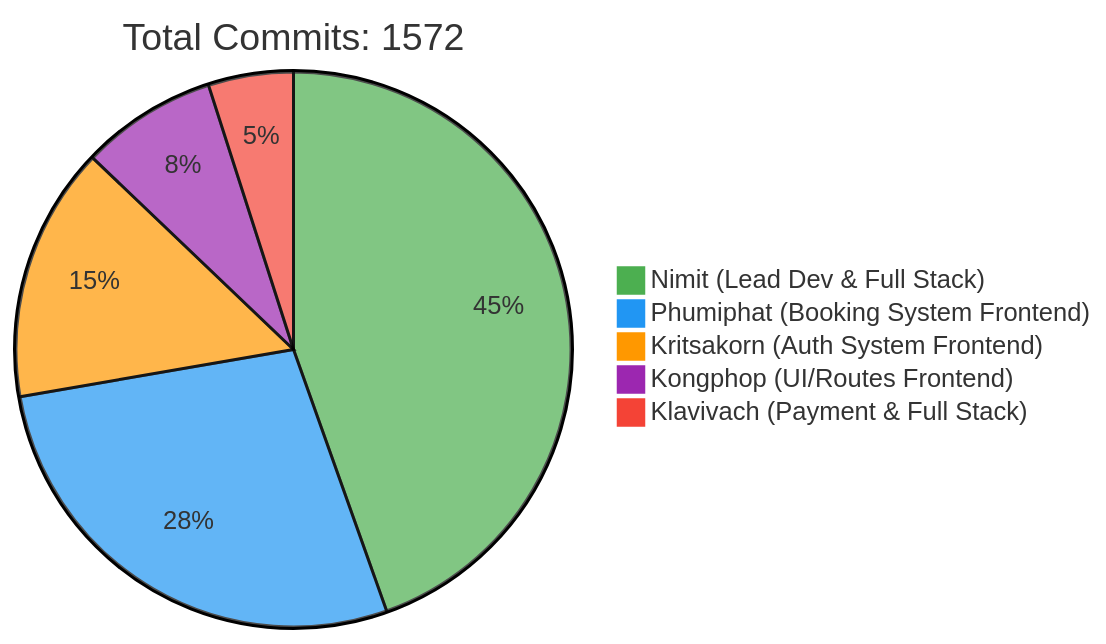
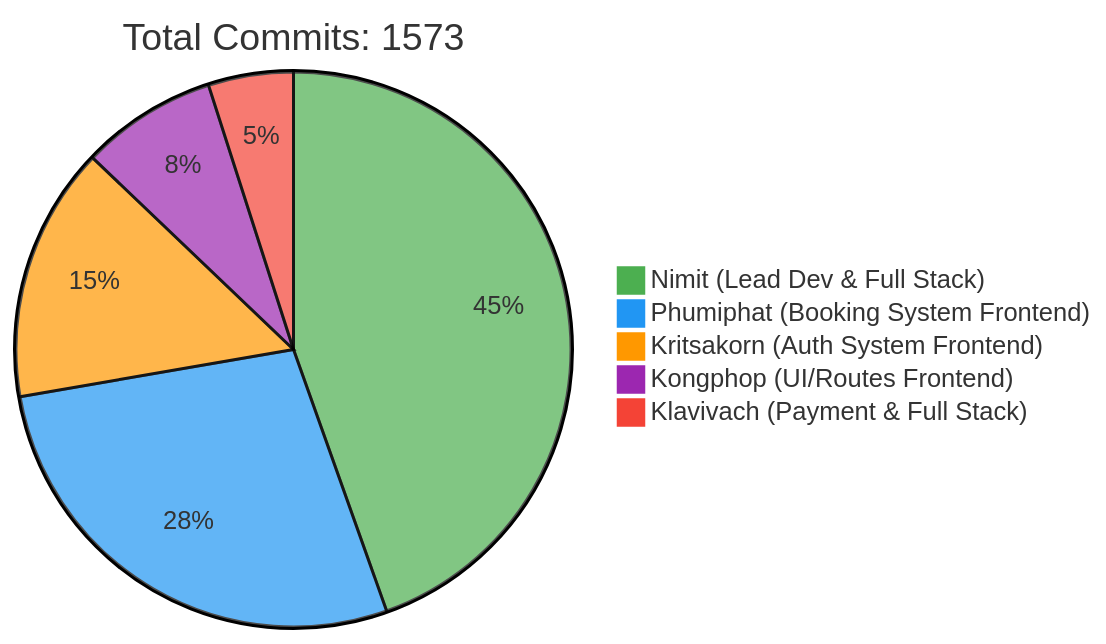
One commit to 6531503042/Sport-Complex changed the first of 2 diagrams in README.md. Above: the diagram before and after it, drawn with Mermaid. The commit also changed other lines of this file, not shown here.

Commit message:
docs: Update contributor statistics [skip ci]

````diff
--- a/README.md
+++ b/README.md
@@ -257,10 +257,10 @@
 ```mermaid
 %%{init: {'theme': 'base', 'themeVariables': { 'pie1': '#4CAF50', 'pie2': '#2196F3', 'pie3': '#FF9800', 'pie4': '#9C27B0', 'pie5': '#F44336'}}}%%
 pie
-    title Total Commits: 1572
+    title Total Commits: 1573
     "Nimit (Lead Dev & Full Stack)" : 450
     "Phumiphat (Booking System Frontend)" : 280
     "Kritsakorn (Auth System Frontend)" : 150
     "Kongphop (UI/Routes Frontend)" : 80
     "Klavivach (Payment & Full Stack)" : 50
 ```
````
